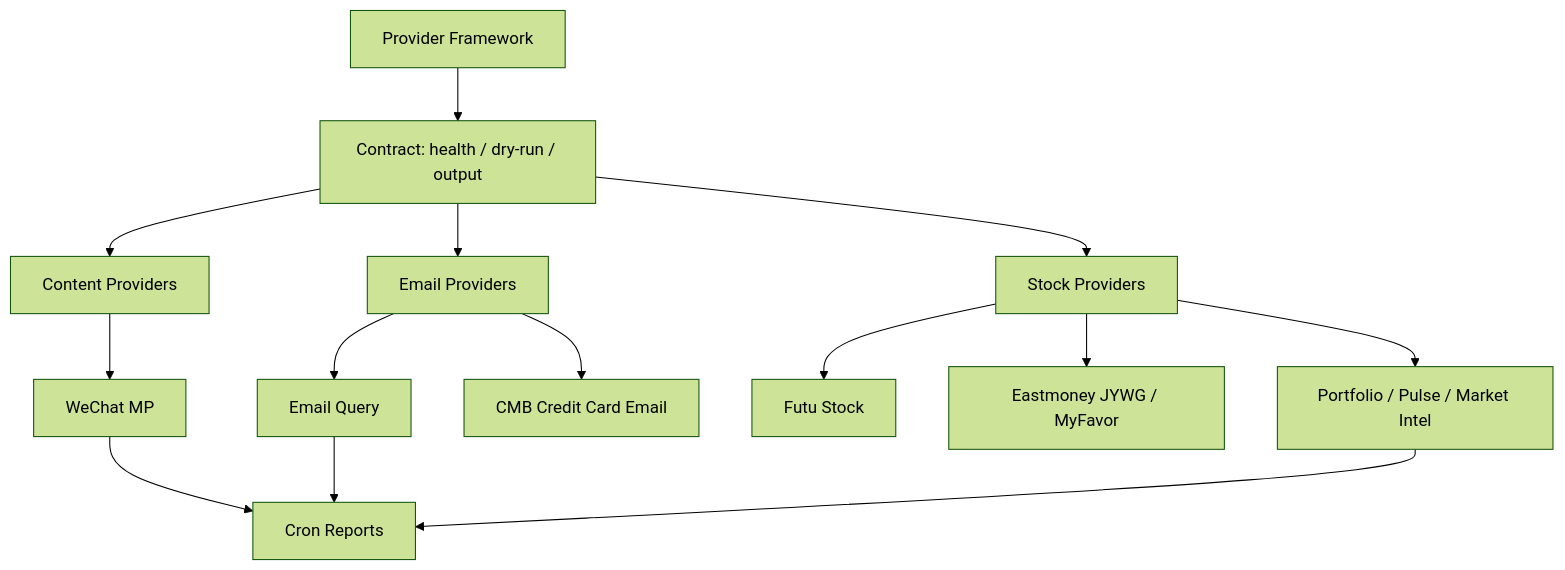
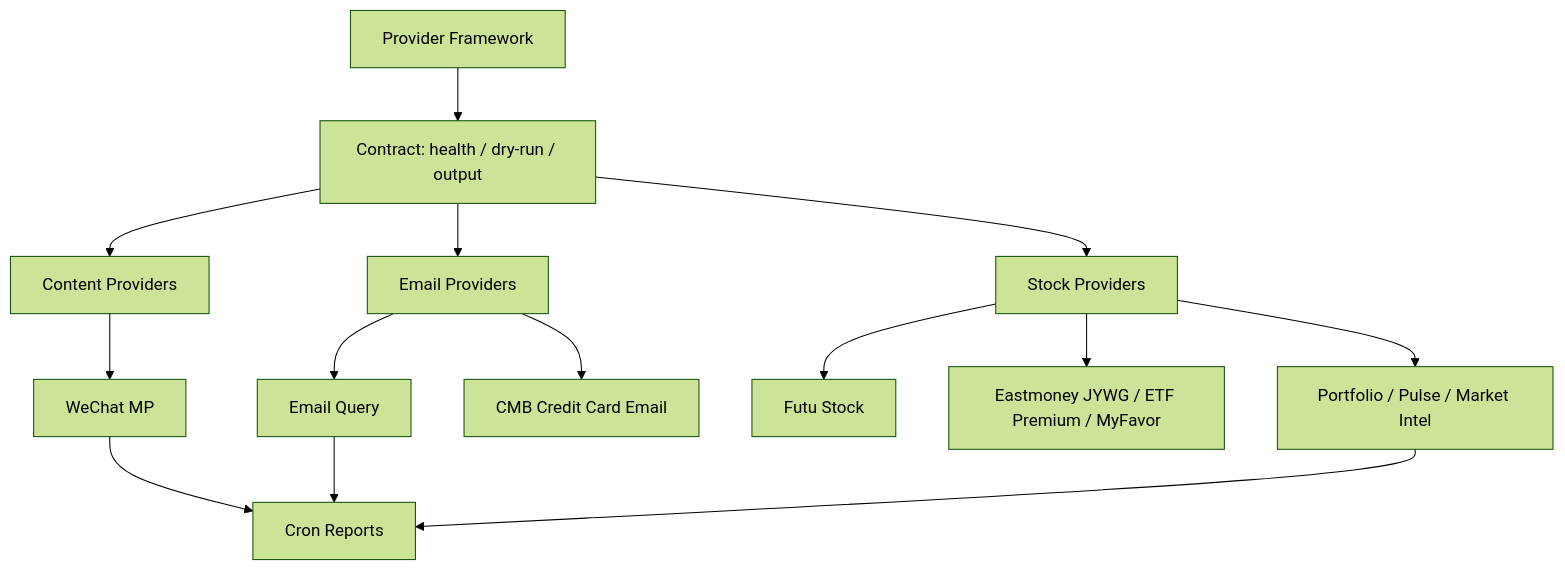
One commit to yuanyunfan/miniclaw changed the first of 2 diagrams in website/en/capabilities/providers.md. Above: the diagram before and after it, drawn with Mermaid (forest theme). The commit also changed other lines of this file and 21 other files, not shown here.

First line of the commit message:
feat: add eastmoney etf premium provider

````diff
--- a/website/en/capabilities/providers.md
+++ b/website/en/capabilities/providers.md
@@ -26,16 +26,16 @@
 ```mermaid
 flowchart TD
   Framework[Provider Framework] --> Contract[Contract: health / dry-run / output]
   Contract --> Content[Content Providers]
   Contract --> Email[Email Providers]
   Contract --> Stock[Stock Providers]
   Content --> WeChat[WeChat MP]
   Email --> Query[Email Query]
   Email --> CMB[CMB Credit Card Email]
   Stock --> Futu[Futu Stock]
-  Stock --> Eastmoney[Eastmoney JYWG / MyFavor]
+  Stock --> Eastmoney[Eastmoney JYWG / ETF Premium / MyFavor]
   Stock --> Research[Portfolio / Pulse / Market Intel]
   Research --> Cron[Cron Reports]
   Query --> Cron
   WeChat --> Cron
 ```
````
